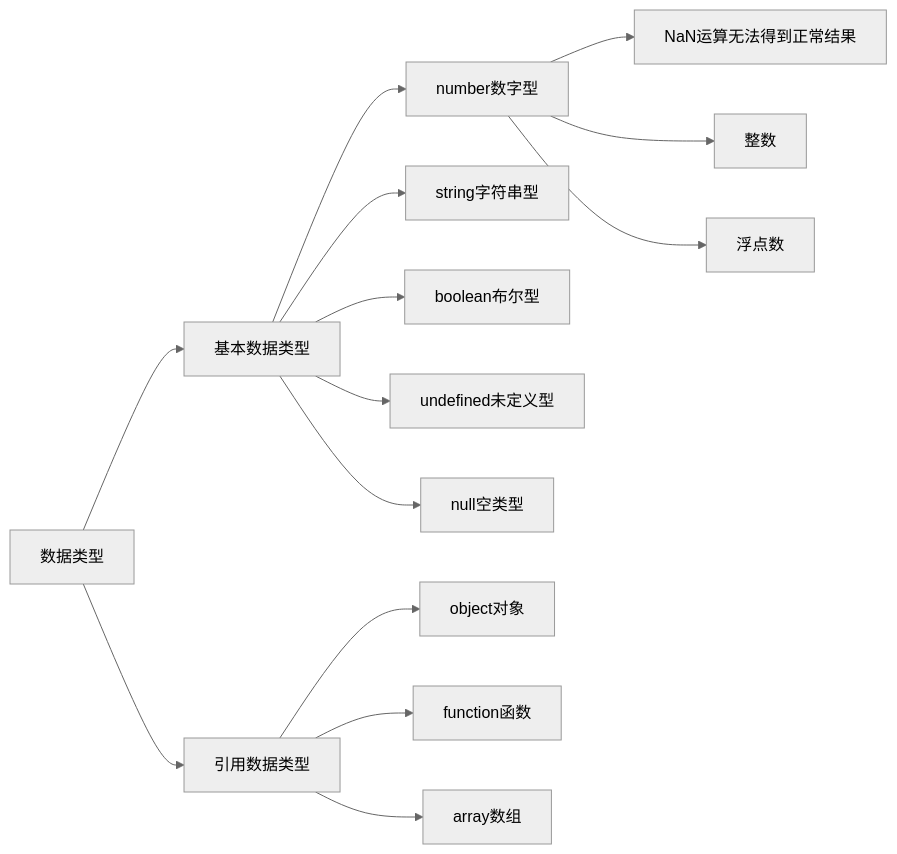
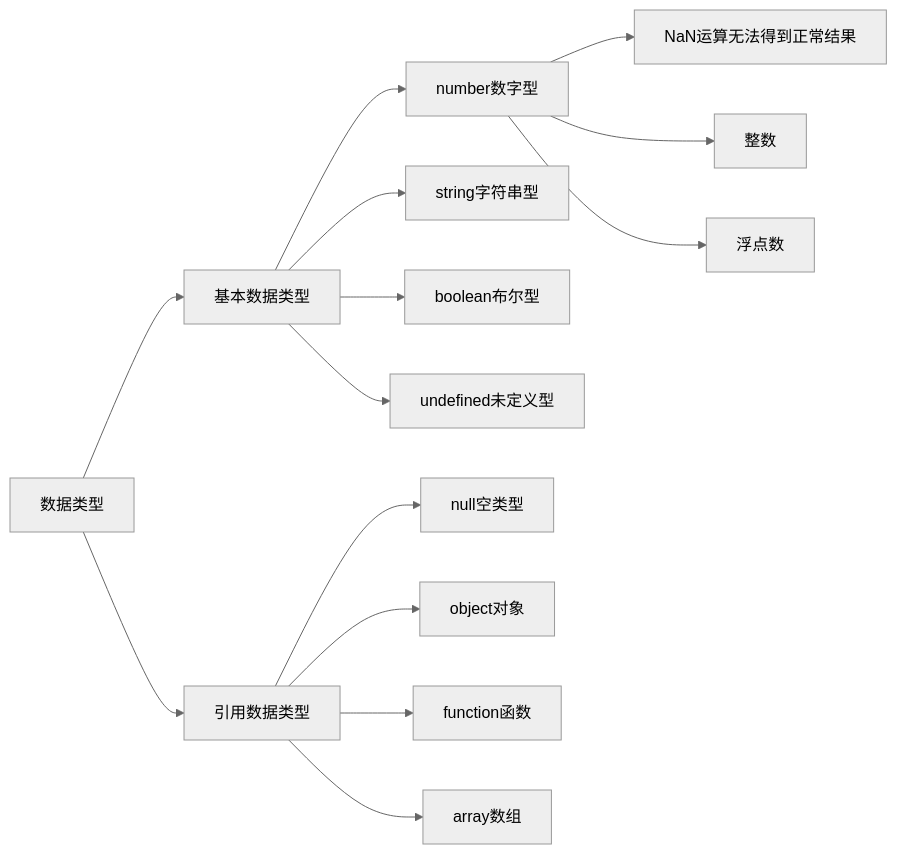
Before and after one commit to hughxusu/lesson-web: the diagram in js/a-base/03-类型.md, drawn with Mermaid (neutral theme). The commit also changed 6 other files, not shown here.

````diff
--- a/js/a-base/03-类型.md
+++ b/js/a-base/03-类型.md
@@ -5,16 +5,16 @@
 ```mermaid
 graph LR
 数据类型-->基本数据类型
 基本数据类型-->number数字型
 number数字型-->NaN运算无法得到正常结果
 number数字型-->整数
 number数字型-->浮点数
 基本数据类型-->string字符串型
 基本数据类型-->boolean布尔型
 基本数据类型-->undefined未定义型
-基本数据类型-->null空类型
 数据类型-->引用数据类型
+引用数据类型-->null空类型
 引用数据类型-->object对象
 引用数据类型-->function函数
 引用数据类型-->array数组
 ```
````
